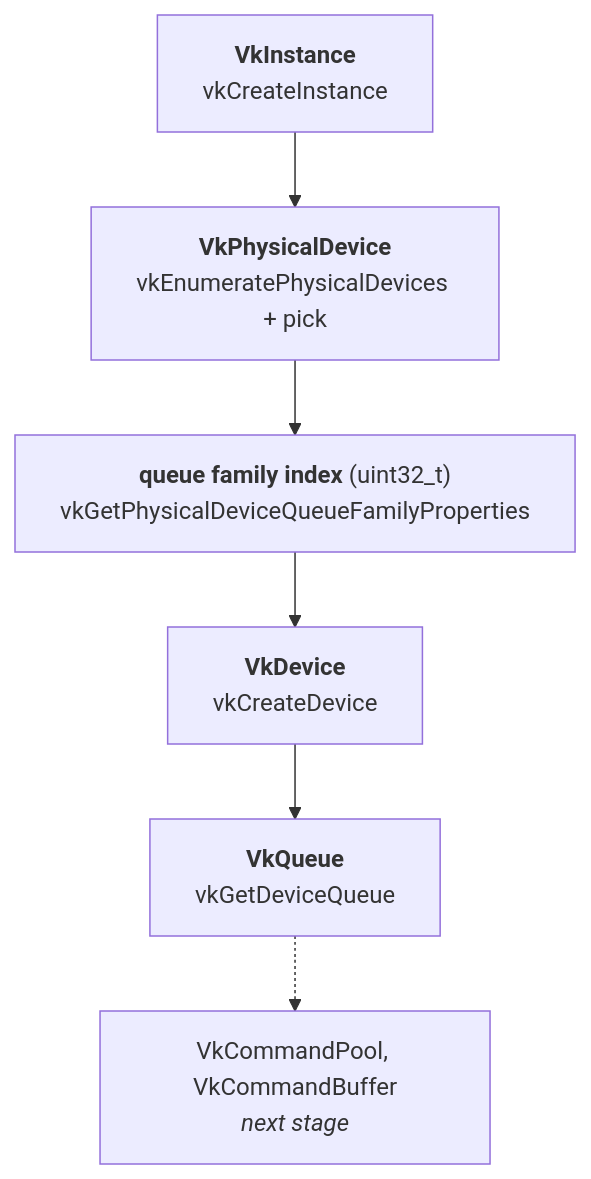
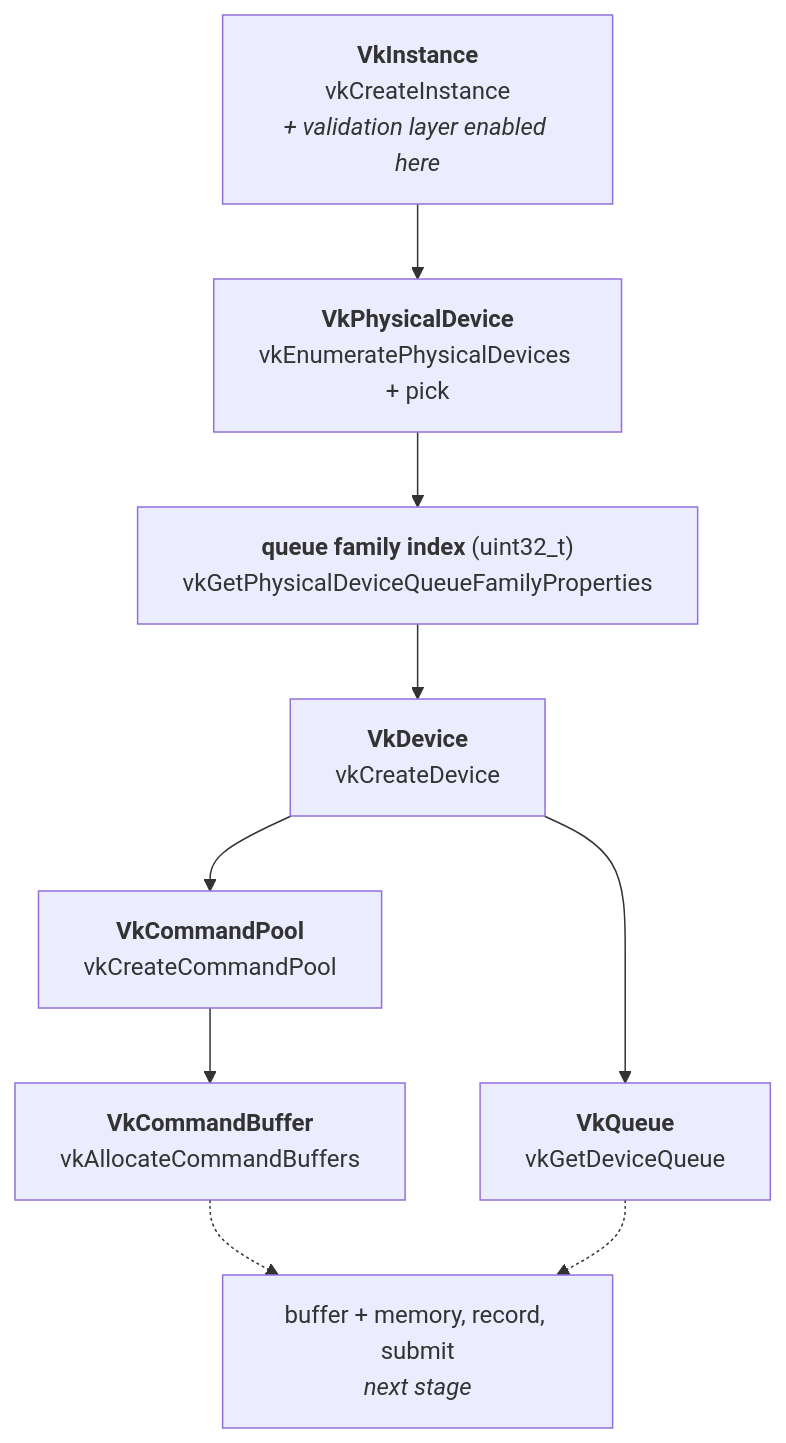
The diagram in docs/01-instance-device-queue.md (JesseOinonen/video-pipeline-vulkan), drawn with Mermaid before and after one commit. The commit also changed other lines of this file and 35 other files, not shown here.

Commit message:
command pool & buffer + build to gitignore

````diff
--- a/docs/01-instance-device-queue.md
+++ b/docs/01-instance-device-queue.md
@@ -8,8 +10,11 @@
 ```mermaid
 flowchart TD
-    A["<b>VkInstance</b><br/>vkCreateInstance"] --> B["<b>VkPhysicalDevice</b><br/>vkEnumeratePhysicalDevices + pick"]
+    A["<b>VkInstance</b><br/>vkCreateInstance<br/><i>+ validation layer enabled here</i>"] --> B["<b>VkPhysicalDevice</b><br/>vkEnumeratePhysicalDevices + pick"]
     B --> C["<b>queue family index</b> (uint32_t)<br/>vkGetPhysicalDeviceQueueFamilyProperties"]
     C --> D["<b>VkDevice</b><br/>vkCreateDevice"]
     D --> E["<b>VkQueue</b><br/>vkGetDeviceQueue"]
-    E -.-> F["VkCommandPool, VkCommandBuffer<br/><i>next stage</i>"]
+    D --> F["<b>VkCommandPool</b><br/>vkCreateCommandPool"]
+    F --> G["<b>VkCommandBuffer</b><br/>vkAllocateCommandBuffers"]
+    G -.-> H["buffer + memory, record, submit<br/><i>next stage</i>"]
+    E -.-> H
 ```
````
